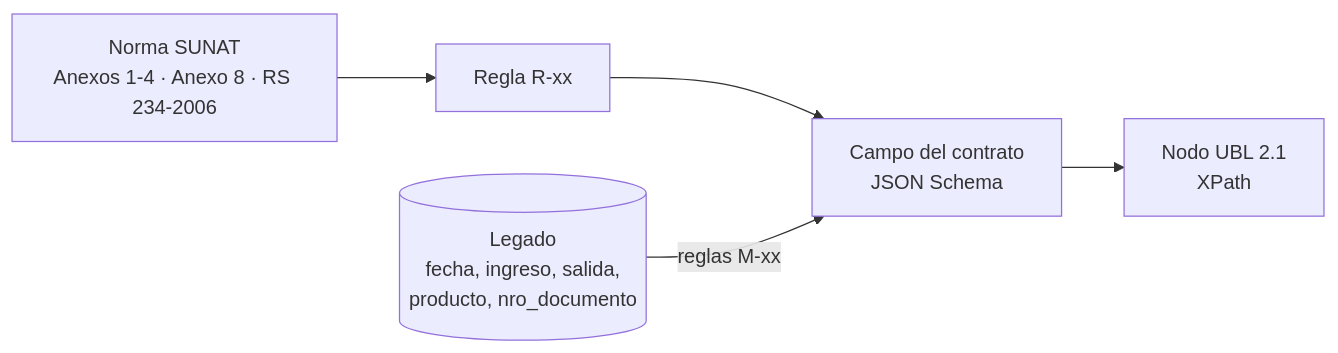
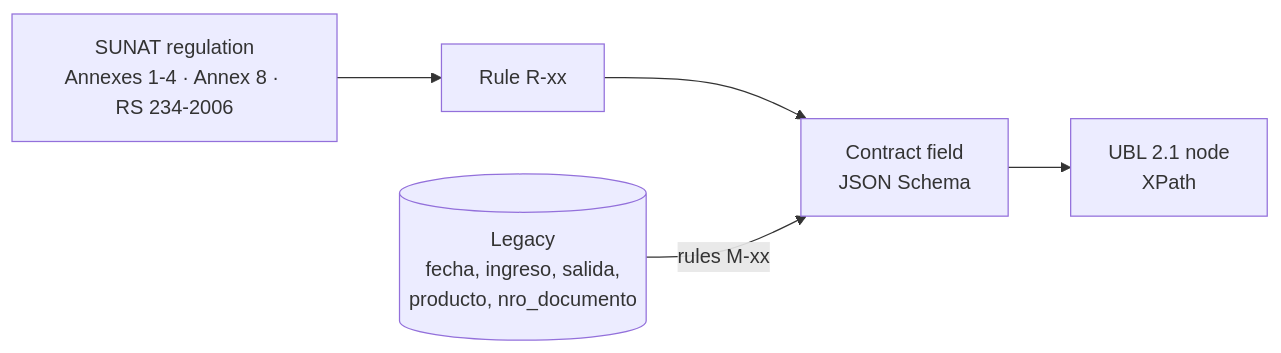
Before and after one commit to lourdesxiomara/MEDIOCURSO: the diagram in specs/05-trazabilidad/matriz.md, drawn with Mermaid. The commit also changed other lines of this file and 2 other files, not shown here.

````diff
--- a/specs/05-trazabilidad/matriz.md
+++ b/specs/05-trazabilidad/matriz.md
@@ -14,7 +14,7 @@
 ```mermaid
 flowchart LR
-  N[Norma SUNAT<br/>Anexos 1-4 · Anexo 8 · RS 234-2006] --> R[Regla R-xx]
-  R --> D[Campo del contrato<br/>JSON Schema]
-  D --> U[Nodo UBL 2.1<br/>XPath]
-  L[(Legado<br/>fecha, ingreso, salida,<br/>producto, nro_documento)] -- reglas M-xx --> D
+  N[SUNAT regulation<br/>Annexes 1-4 · Annex 8 · RS 234-2006] --> R[Rule R-xx]
+  R --> D[Contract field<br/>JSON Schema]
+  D --> U[UBL 2.1 node<br/>XPath]
+  L[(Legacy<br/>fecha, ingreso, salida,<br/>producto, nro_documento)] -- rules M-xx --> D
 ```
````
